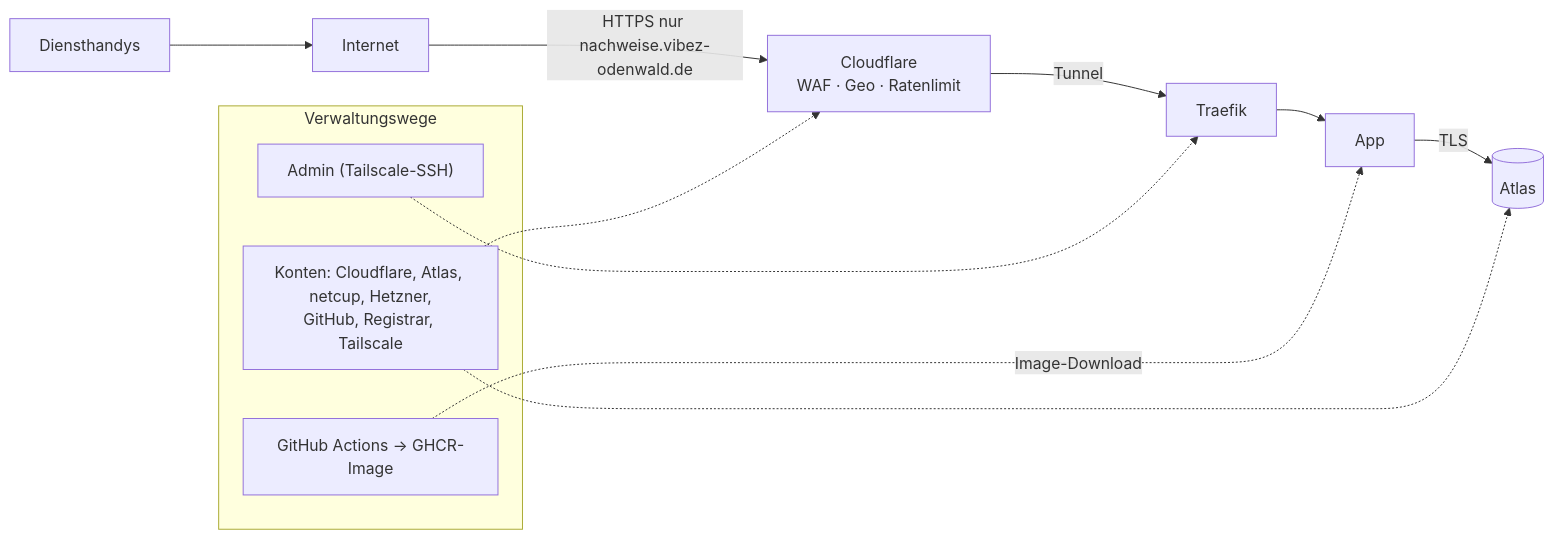
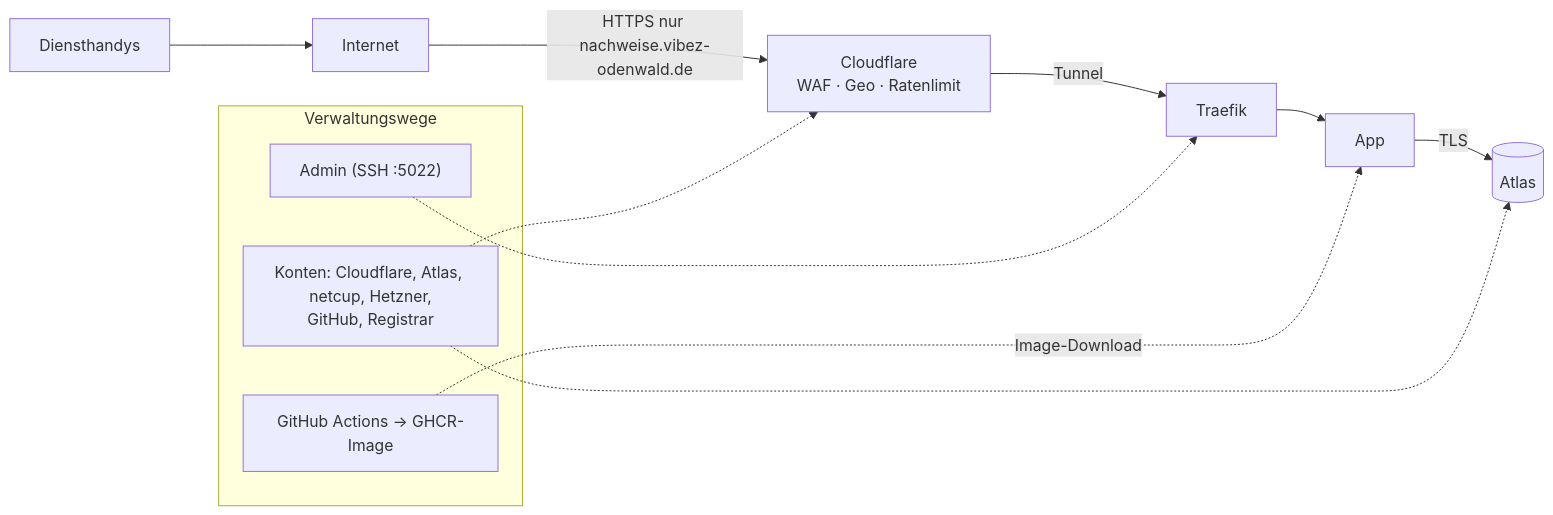
The diagram in docs/sicherheitsanalyse.md (mbay-ODW/vibez-betrieb), drawn with Mermaid before and after one commit. The commit also changed other lines of this file and 9 other files, not shown here.

First line of the commit message:
Ohne Tailscale: SSH per Schlüssel auf 5022 (bootstrap, Architektur, DSFA 0.17, TOM, Sicherheitsanalyse)

````diff
--- a/docs/sicherheitsanalyse.md
+++ b/docs/sicherheitsanalyse.md
@@ -41,15 +41,15 @@
 ```mermaid
 flowchart LR
     I["Internet"] -->|"HTTPS nur nachweise.vibez-odenwald.de"| CF["Cloudflare<br/>WAF · Geo · Ratenlimit"]
     CF -->|Tunnel| T["Traefik"] --> A["App"]
     A -->|TLS| DB[("Atlas")]
     subgraph Verwaltungswege
-      ADM["Admin (Tailscale-SSH)"]
-      KON["Konten: Cloudflare, Atlas, netcup, Hetzner,<br/>GitHub, Registrar, Tailscale"]
+      ADM["Admin (SSH :5022)"]
+      KON["Konten: Cloudflare, Atlas, netcup, Hetzner,<br/>GitHub, Registrar"]
       CI["GitHub Actions → GHCR-Image"]
     end
     ADM -.-> T
     KON -.-> CF & DB
     CI -.->|"Image-Download"| A
     H["Diensthandys"] --> I
 ```
````
